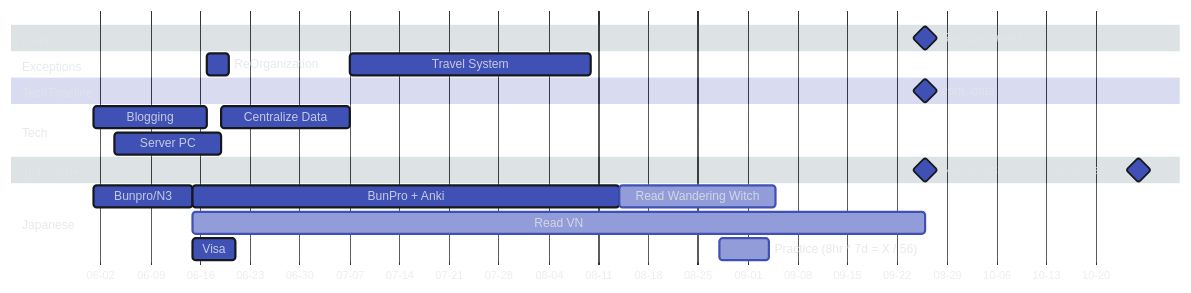
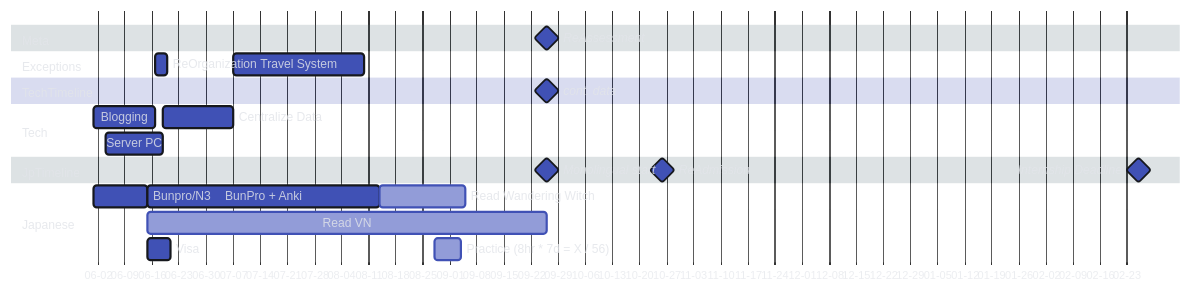
Before and after one commit to Serralq/Project-Norn: the first of 2 diagrams in docs/index.md, drawn with Mermaid.

Commit message:
Add internship deadline goals into jpTimeline

````diff
--- a/docs/index.md
+++ b/docs/index.md
@@ -34,48 +34,49 @@
     ``` mermaid
     ---
     displayMode: compact
     ---
     %%{
       init: {
         'theme': 'base',
         'themeVariables': {
           'darkMode': 'true',
           'fontFamily': 'hermit',
           'primaryColor': '#4051b5',
           'primaryBorderColor': '#16181D',
           'tertiaryColor': '#546d78',
           'tertiaryTextColor': '#E2E4E9D1',
           'textColor': '#E2E4E9D1',
           'noteTextColor': '#E2E4E9D1'
         }
       }
     }%%
     gantt
       dateFormat YY-MM-DD
       axisFormat %m-%d
       tickInterval 1week
       todayMarker stroke-width:3px,stroke:#E2E4E9,opacity:0.5
       section Meta
         ReAssessment              :milestone,  m1, 24-09-26, 0d
       section Exceptions
         ReOrganization            :            m3 , 24-06-17, 24-06-20
         Travel System             :            m4 , 24-07-07, 24-08-10
       section TechTimeline
         cont. data                    :milestone,  t4 , after m1, 0d
       section Tech
         Blogging                  :            t1 , 24-06-01, 24-06-17
         Server PC                 :            t2 , 24-06-04, 24-06-19
         Centralize Data           :            t3 , 24-06-19, 24-07-07
       section JpTimeline
         Monolingual start         :milestone,  j11, 24-09-26, 0d
         ReAdmission               :milestone,  j10, 24-10-26, 0d
+        Internship Deadline       :milestone,  j12, 25-02-26, 0d
       section Japanese
         Bunpro/N3                     :            j1 , 24-06-01, 24-06-15
         BunPro + Anki                 :            j2 , after j1, 24-08-14
         Read VN                       :active,     j3 , after j1, until m1
         Visa                          :            j4 , 24-06-15, 24-06-21
         Read Wandering Witch          :active,     j5 , 24-08-14, 24-09-05
         Practice (8hr * 7d = X / 56)  :active,     j6 , 24-08-28, 24-09-04
         %% Futures
       section Stationaries
     ```
````
